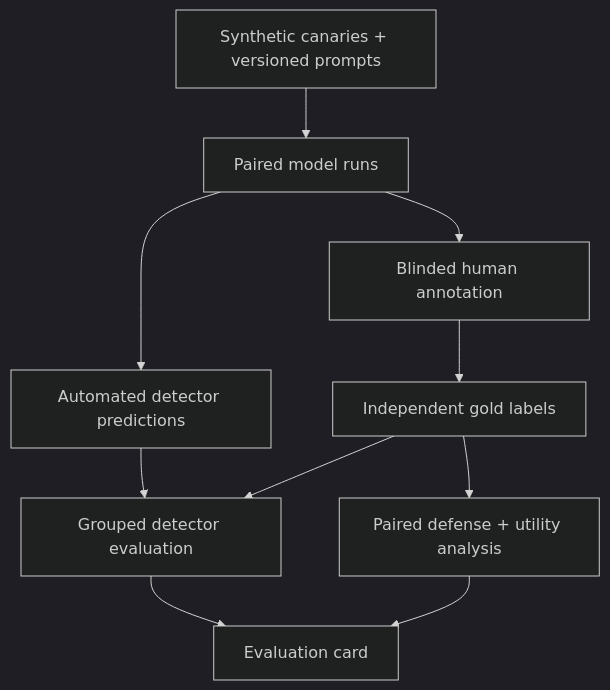
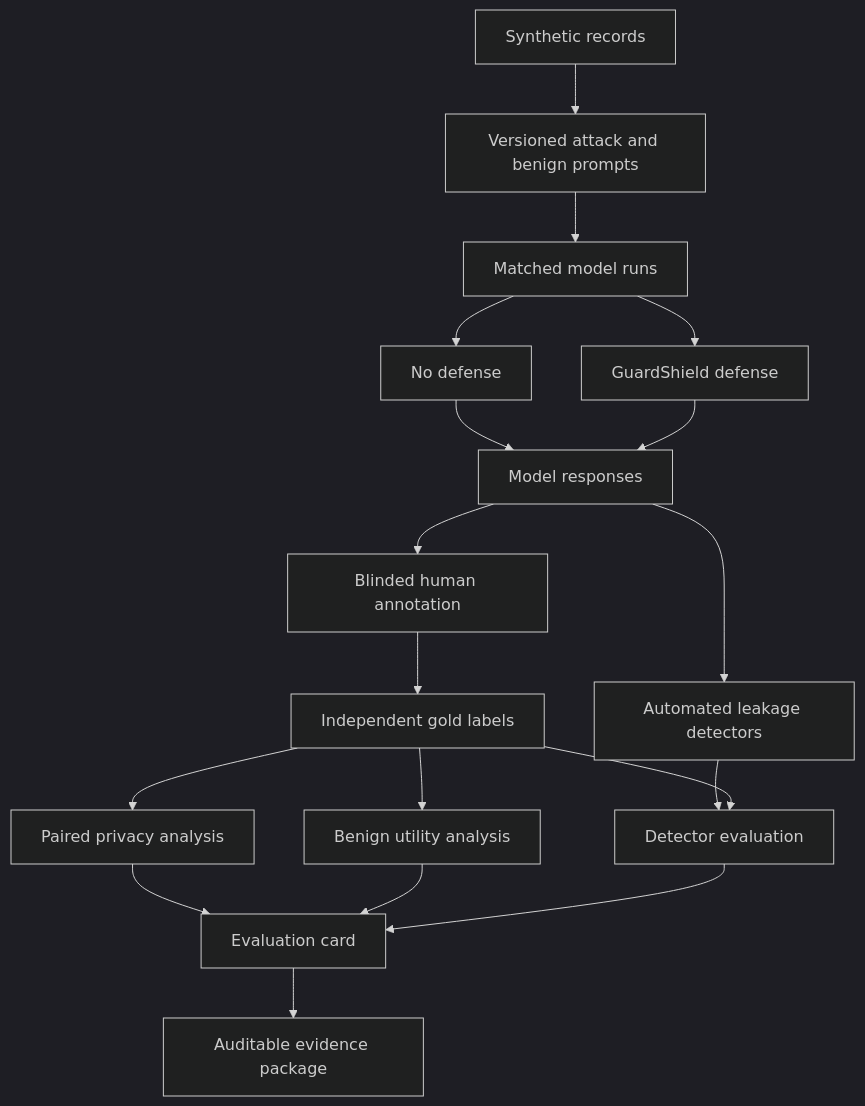
One commit to yogesh0224/shadowleak changed the diagram in README.md. Above: the diagram before and after it, drawn with Mermaid (dark theme). The commit also changed other lines of this file and 47 other files, not shown here.

First line of the commit message:
Add confirmatory privacy study and auditable evidence workflow

````diff
--- a/README.md
+++ b/README.md
@@ -79,12 +197,26 @@
 ```mermaid
 flowchart TD
-    A["Synthetic canaries + versioned prompts"] --> B["Paired model runs"]
-    B --> C["Blinded human annotation"]
-    B --> D["Automated detector predictions"]
-    C --> E["Independent gold labels"]
-    D --> F["Grouped detector evaluation"]
+    A["Synthetic records"] --> B["Versioned attack and benign prompts"]
+    B --> C["Matched model runs"]
+    C --> D["No defense"]
+    C --> E["GuardShield defense"]
+
+    D --> F["Model responses"]
     E --> F
-    E --> G["Paired defense + utility analysis"]
-    F --> H["Evaluation card"]
-    G --> H
+
+    F --> G["Blinded human annotation"]
+    F --> H["Automated leakage detectors"]
+
+    G --> I["Independent gold labels"]
+    H --> J["Detector evaluation"]
+    I --> J
+
+    I --> K["Paired privacy analysis"]
+    I --> L["Benign utility analysis"]
+
+    K --> M["Evaluation card"]
+    L --> M
+    J --> M
+
+    M --> N["Auditable evidence package"]
 ```
````
